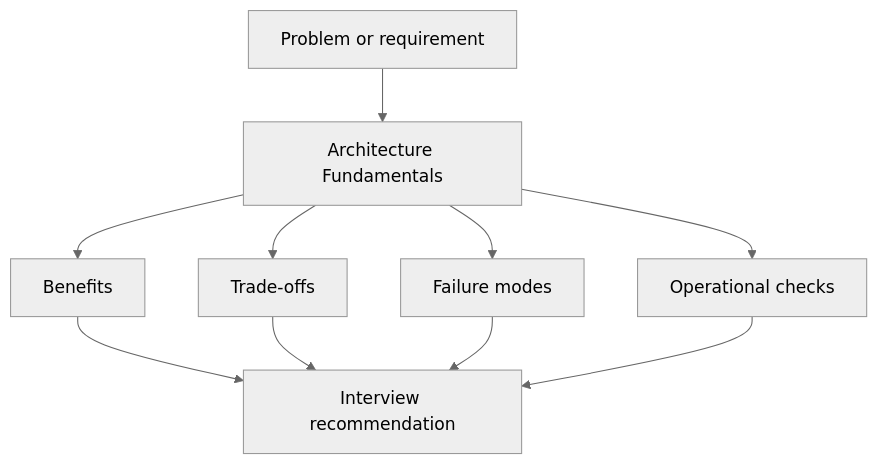
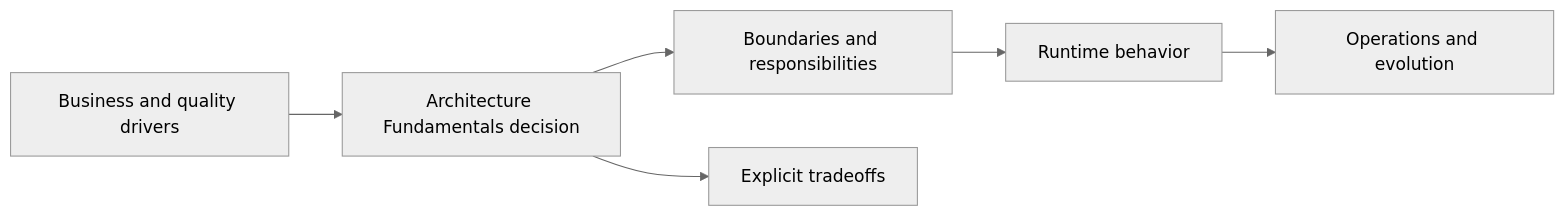
Before and after one commit to abstractinterviews/abstractinterviews.github.io: the first of 2 diagrams in architecture/fundamentals/index.md, drawn with Mermaid (neutral theme). The commit also changed other lines of this file and 278 other files, not shown here.

````diff
--- a/architecture/fundamentals/index.md
+++ b/architecture/fundamentals/index.md
@@ -131,12 +123,8 @@
-~~~mermaid
-flowchart TD
-    Problem["Problem or requirement"] --> Concept["Architecture Fundamentals"]
-    Concept --> Benefits["Benefits"]
-    Concept --> Tradeoffs["Trade-offs"]
-    Concept --> FailureModes["Failure modes"]
-    Concept --> Operations["Operational checks"]
-    Benefits --> Decision["Interview recommendation"]
-    Tradeoffs --> Decision
-    FailureModes --> Decision
-    Operations --> Decision
-~~~
+```mermaid
+flowchart LR
+    Drivers["Business and quality drivers"] --> Decision["Architecture Fundamentals decision"]
+    Decision --> Structure["Boundaries and responsibilities"]
+    Structure --> Runtime["Runtime behavior"]
+    Runtime --> Ops["Operations and evolution"]
+    Decision --> Tradeoffs["Explicit tradeoffs"]
+```
````
